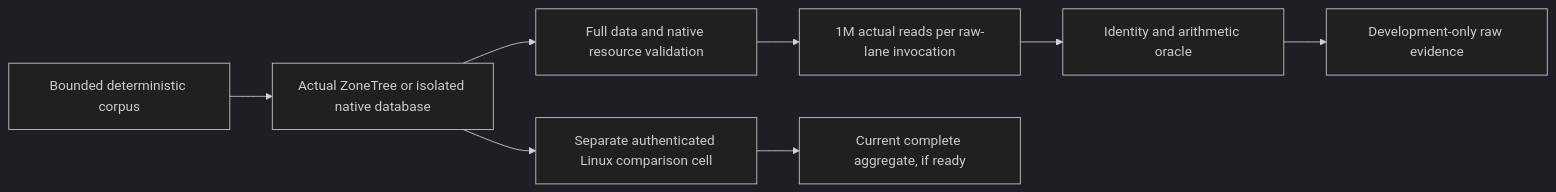
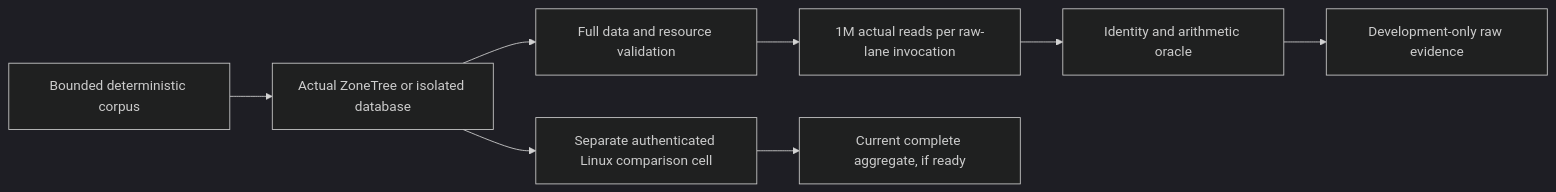
The diagram in docs/ADR/ADR-069-representative-scaled-workloads.md (managedcode/KeyLoad), drawn with Mermaid (dark theme) before and after one commit. The commit also changed other lines of this file and 9016 other files, not shown here.

````diff
--- a/docs/ADR/ADR-069-representative-scaled-workloads.md
+++ b/docs/ADR/ADR-069-representative-scaled-workloads.md
@@ -95,10 +95,10 @@
 ```mermaid
 flowchart LR
-    Corpus[Bounded deterministic corpus] --> Native[Actual ZoneTree or isolated native database]
-    Native --> Verify[Full data and native resource validation]
+    Corpus[Bounded deterministic corpus] --> Execution[Actual ZoneTree or isolated database]
+    Execution --> Verify[Full data and resource validation]
     Verify --> Read[1M actual reads per raw-lane invocation]
     Read --> Oracle[Identity and arithmetic oracle]
     Oracle --> Local[Development-only raw evidence]
-    Native --> Compare[Separate authenticated Linux comparison cell]
+    Execution --> Compare[Separate authenticated Linux comparison cell]
     Compare --> Website[Current complete aggregate, if ready]
 ```
````
